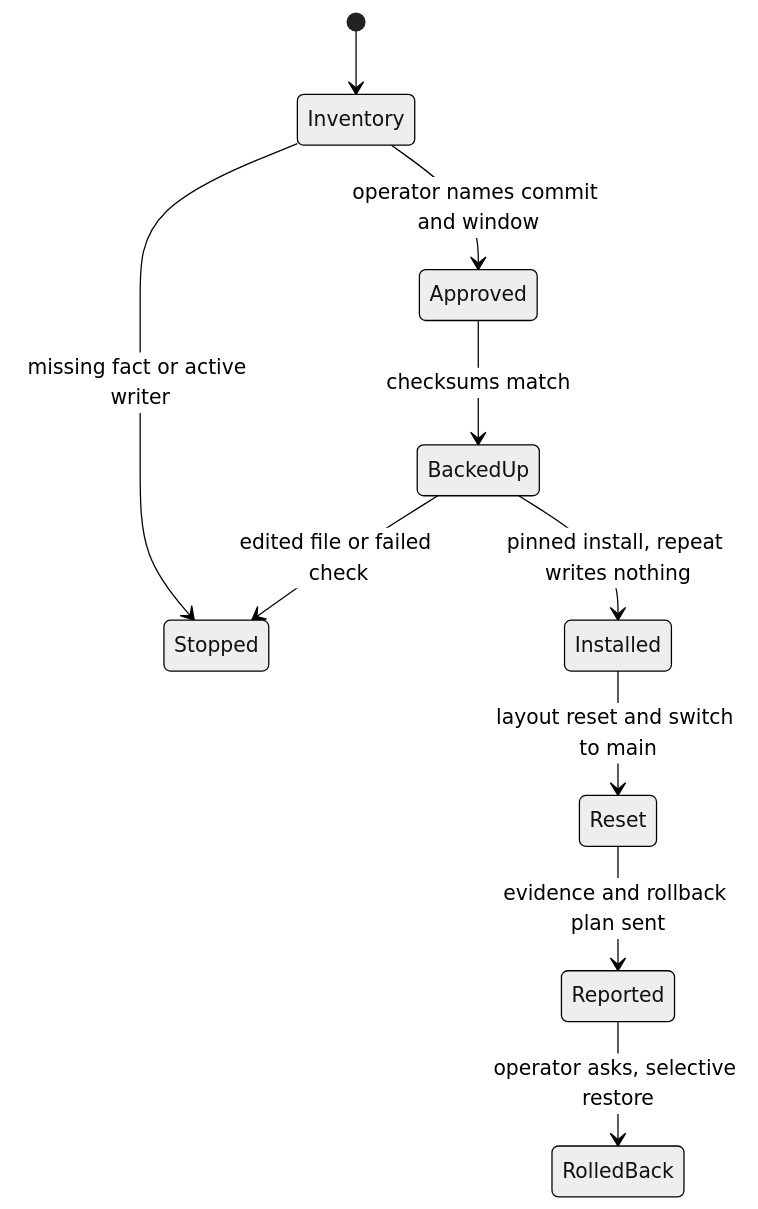
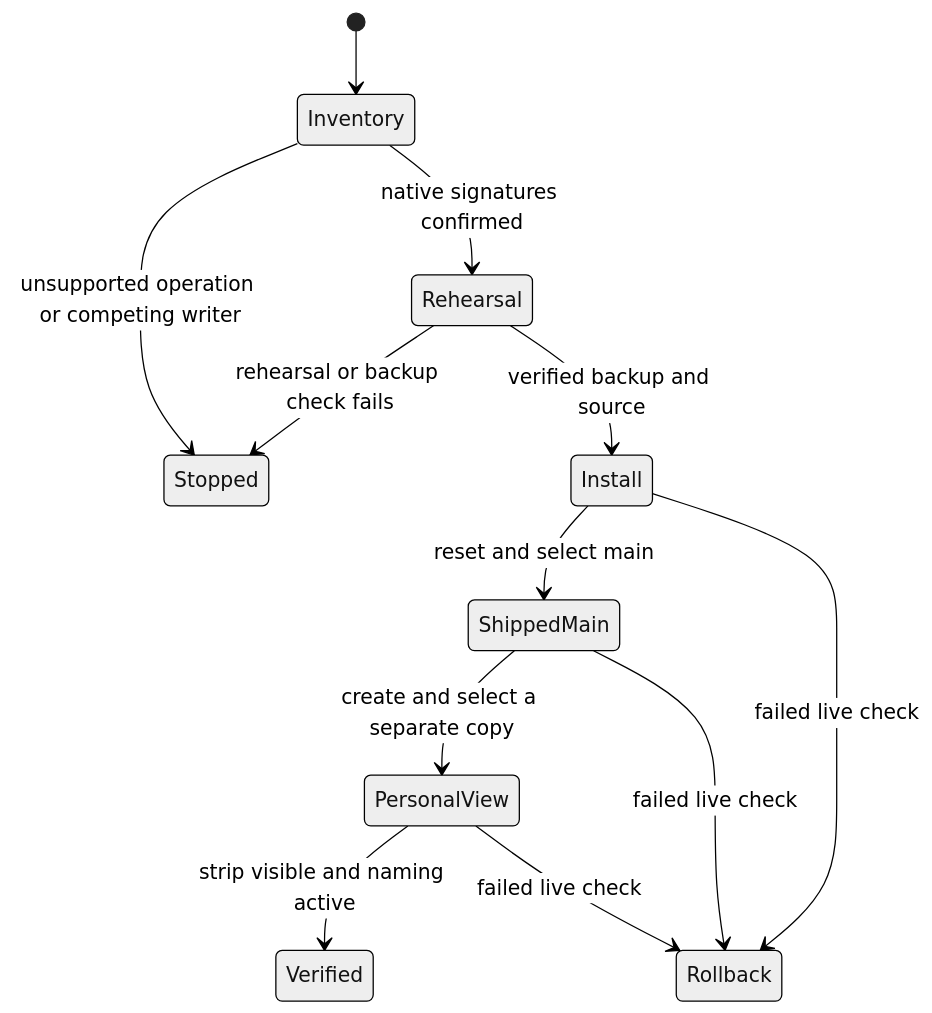
One commit to walid-mos/agent-herdr changed the diagram in docs/mac-reset.md. Above: the diagram before and after it, drawn with Mermaid (neutral theme). The commit also changed other lines of this file and 1 other file, not shown here.

Commit message:
docs(cutover): finish Mac reset on a personal agent layout

````diff
--- a/docs/mac-reset.md
+++ b/docs/mac-reset.md
@@ -5,12 +5,14 @@
 ```mermaid
 stateDiagram-v2
     [*] --> Inventory
-    Inventory --> Stopped : missing fact or active writer
-    Inventory --> Approved : operator names commit and window
-    Approved --> BackedUp : checksums match
-    BackedUp --> Installed : pinned install, repeat writes nothing
-    BackedUp --> Stopped : edited file or failed check
-    Installed --> Reset : layout reset and switch to main
-    Reset --> Reported : evidence and rollback plan sent
-    Reported --> RolledBack : operator asks, selective restore
+    Inventory --> Stopped : unsupported operation or competing writer
+    Inventory --> Rehearsal : native signatures confirmed
+    Rehearsal --> Stopped : rehearsal or backup check fails
+    Rehearsal --> Install : verified backup and source
+    Install --> ShippedMain : reset and select main
+    ShippedMain --> PersonalView : create and select a separate copy
+    PersonalView --> Verified : strip visible and naming active
+    Install --> Rollback : failed live check
+    ShippedMain --> Rollback : failed live check
+    PersonalView --> Rollback : failed live check
 ```
````
